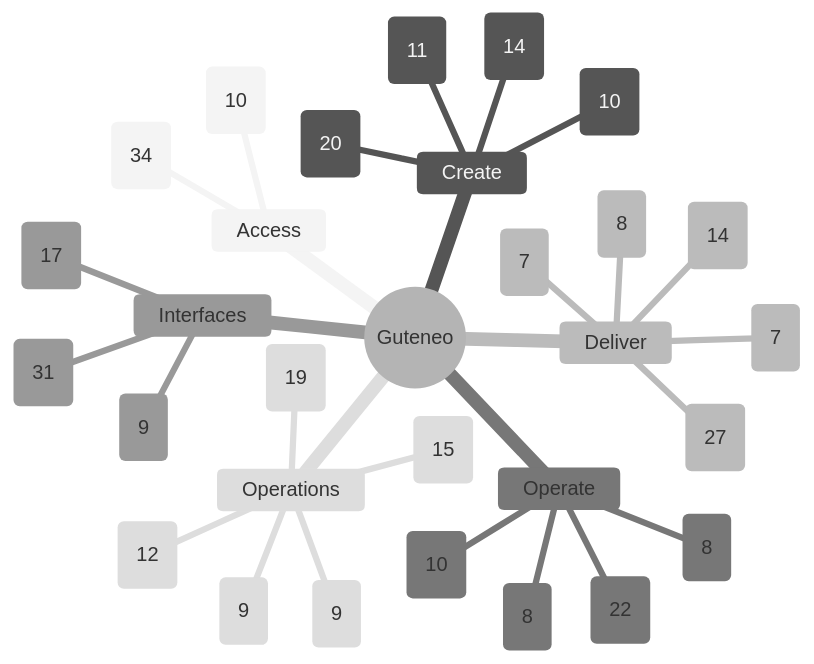
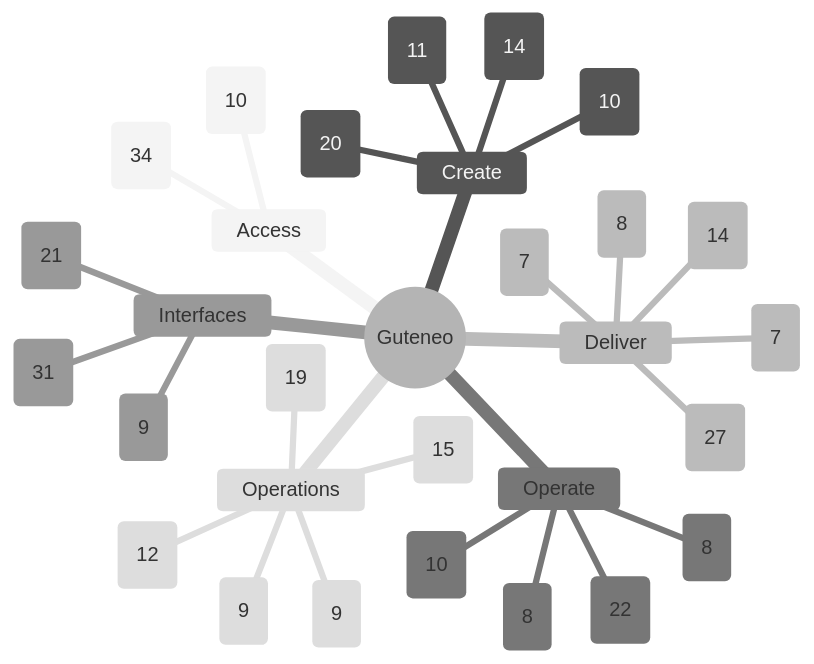
Before and after one commit to nclsppr/guteneo: the diagram in docs/FEATURE_MAP.md, drawn with Mermaid (neutral theme). The commit also changed other lines of this file and 79 other files, not shown here.

````diff
--- a/docs/FEATURE_MAP.md
+++ b/docs/FEATURE_MAP.md
@@ -13,33 +13,33 @@
 ```mermaid
 mindmap
   root((Guteneo))
     Access
       Access and identity (34)
       Team and responsibilities (10)
     Create
       Documents and protection (20)
       Template studio (14)
       Data and mappings (10)
       PDF generation and distribution (11)
     Deliver
       Fax (7)
       Postal mail (8)
       Email and protected links (14)
       Sensitive distribution and personal documents (27)
       Dispatch dry run (7)
     Operate
       Campaigns and tracking (8)
       Credits and billing (8)
       Workspace layout and browser appearance (22)
       PDF verification (10)
     Interfaces
       Assistants and API (31)
       iPhone and iPad (9)
-      Public pages, languages and appearance (17)
+      Public pages, languages and appearance (21)
     Operations
       Reviewer OAuth qualification (9)
       Operations and reliability (19)
       Belvédère platform oversight (9)
       Public service status (15)
       Engineering documentation (12)
 ```
````
